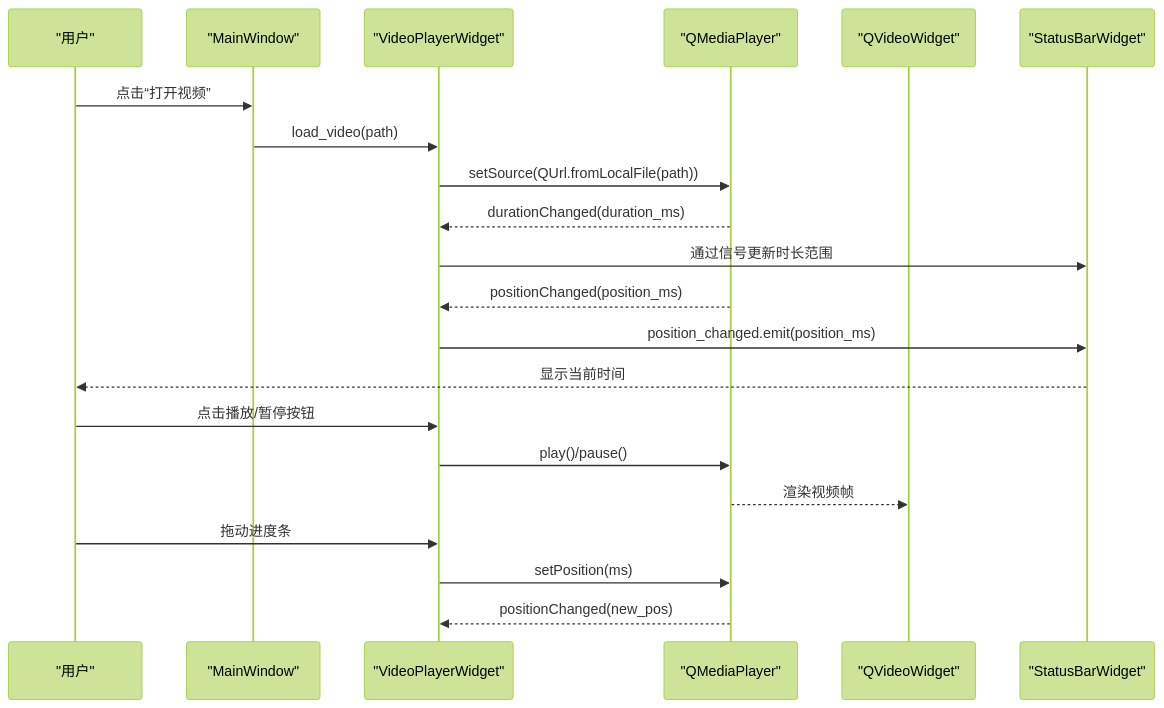
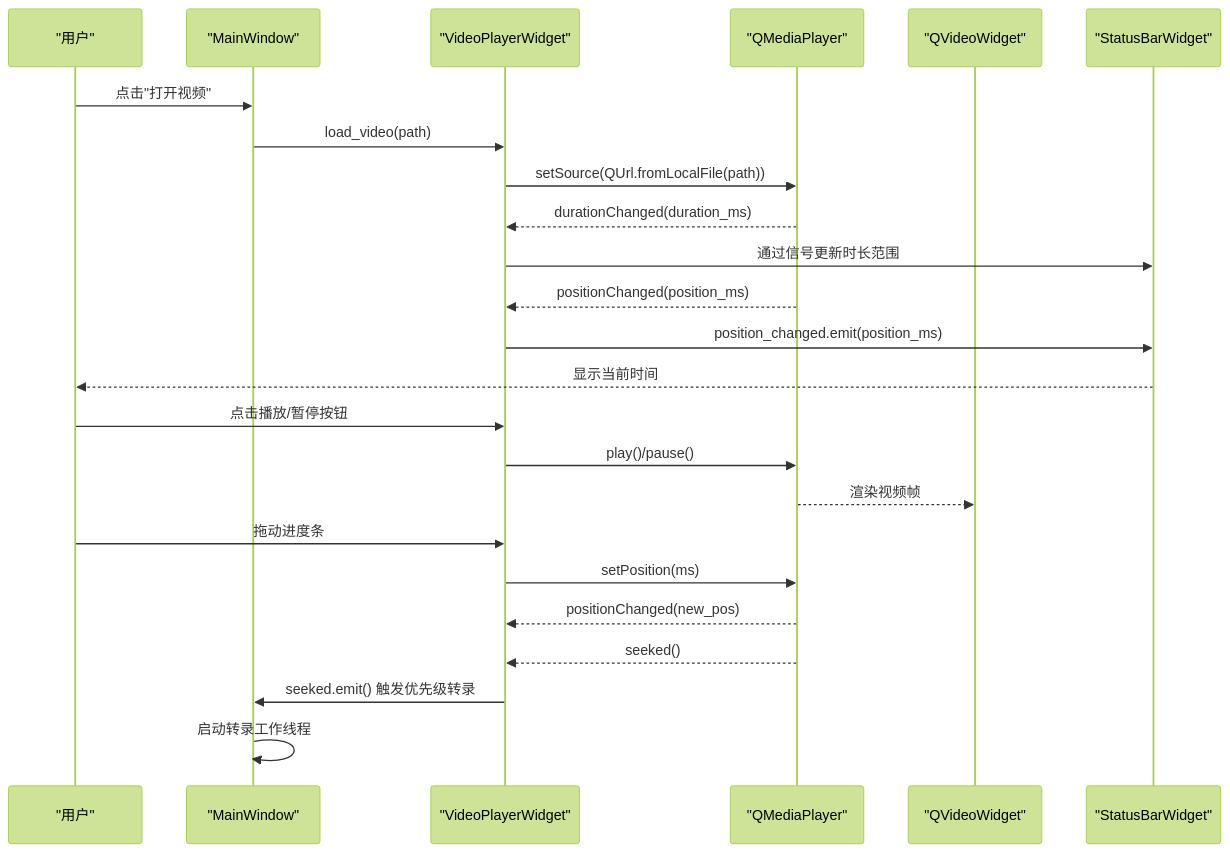
The second of 7 diagrams in .qoder/repowiki/zh/content/用户界面/视频播放器组件.md (boyingliu01/VideoSplitter), drawn with Mermaid (forest theme) before and after one commit. The commit also changed other lines of this file and 147 other files, not shown here.

````diff
--- a/.qoder/repowiki/zh/content/用户界面/视频播放器组件.md
+++ b/.qoder/repowiki/zh/content/用户界面/视频播放器组件.md
@@ -68,23 +74,26 @@
 ```mermaid
 sequenceDiagram
 participant User as "用户"
 participant UI as "MainWindow"
 participant VP as "VideoPlayerWidget"
 participant MP as "QMediaPlayer"
 participant VW as "QVideoWidget"
 participant SB as "StatusBarWidget"
-User->>UI : 点击“打开视频”
+User->>UI : 点击"打开视频"
 UI->>VP : load_video(path)
 VP->>MP : setSource(QUrl.fromLocalFile(path))
 MP-->>VP : durationChanged(duration_ms)
 VP->>SB : 通过信号更新时长范围
 MP-->>VP : positionChanged(position_ms)
 VP->>SB : position_changed.emit(position_ms)
 SB-->>User : 显示当前时间
 User->>VP : 点击播放/暂停按钮
 VP->>MP : play()/pause()
 MP-->>VW : 渲染视频帧
 User->>VP : 拖动进度条
 VP->>MP : setPosition(ms)
 MP-->>VP : positionChanged(new_pos)
+MP-->>VP : seeked()
+VP->>UI : seeked.emit() 触发优先级转录
+UI->>UI : 启动转录工作线程
 ```
````
